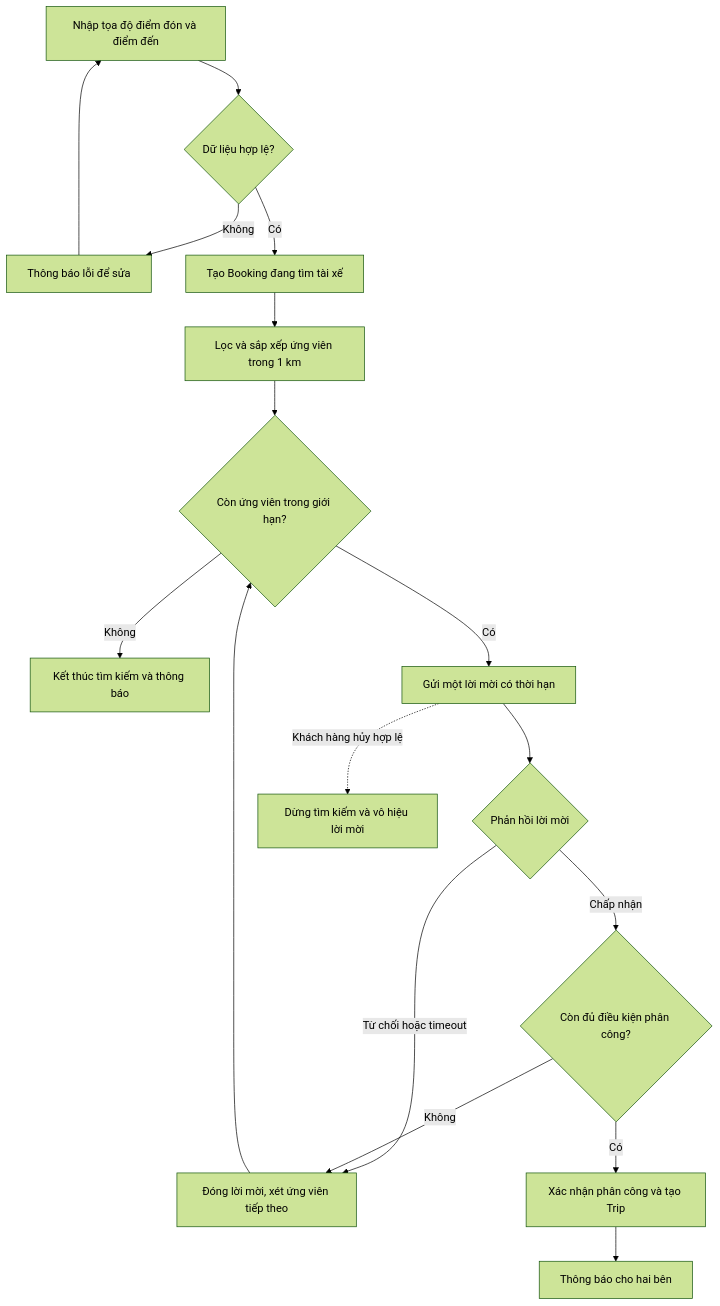
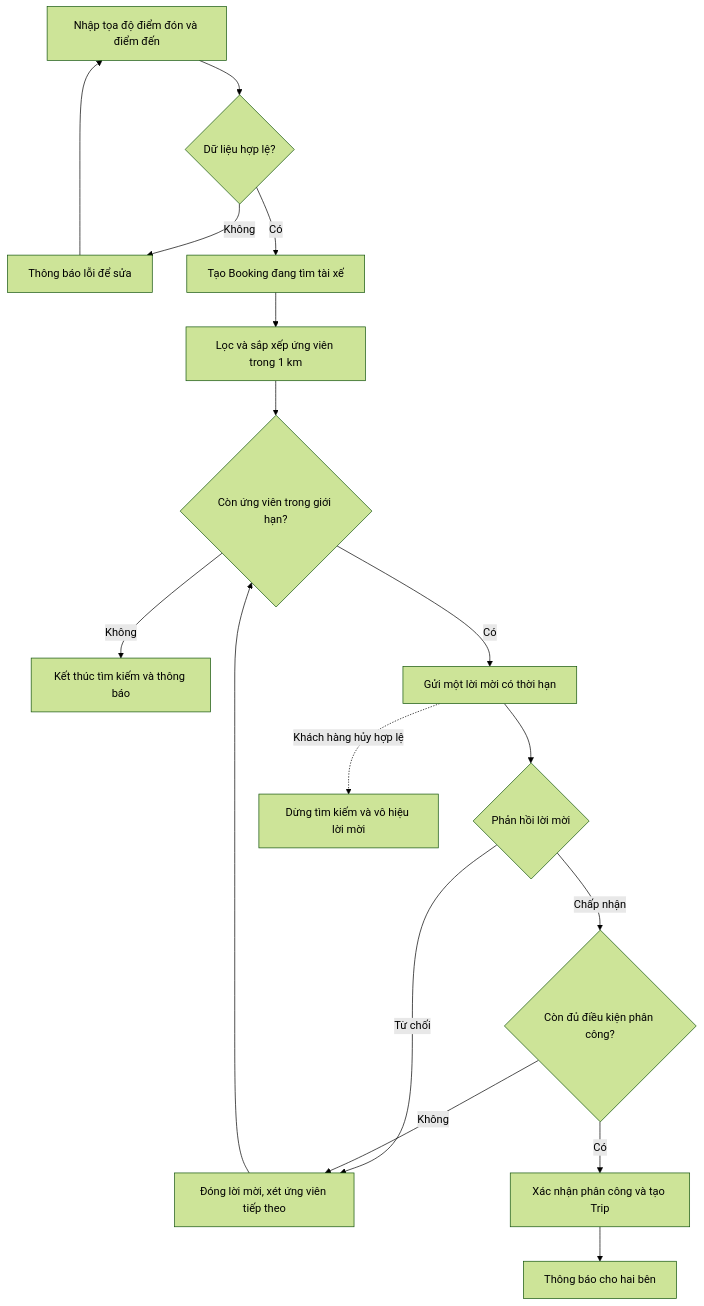
One commit to dovanquang8525/23696931_DoVanQuang_CABSYSTEM changed the second of 8 diagrams in docs/SRS.md. Above: the diagram before and after it, drawn with Mermaid (forest theme). The commit also changed other lines of this file and 28 other files, not shown here.

````diff
--- a/docs/SRS.md
+++ b/docs/SRS.md
@@ -453,19 +457,19 @@
 ```mermaid
 flowchart TD
     A["Nhập tọa độ điểm đón và điểm đến"] --> B{"Dữ liệu hợp lệ?"}
     B -- Không --> C["Thông báo lỗi để sửa"]
     C --> A
     B -- Có --> D["Tạo Booking đang tìm tài xế"]
     D --> E["Lọc và sắp xếp ứng viên trong 1 km"]
     E --> F{"Còn ứng viên trong giới hạn?"}
     F -- Không --> G["Kết thúc tìm kiếm và thông báo"]
     F -- Có --> H["Gửi một lời mời có thời hạn"]
     H --> I{"Phản hồi lời mời"}
-    I -- "Từ chối hoặc timeout" --> J["Đóng lời mời, xét ứng viên tiếp theo"]
+    I -- "Từ chối" --> J["Đóng lời mời, xét ứng viên tiếp theo"]
     J --> F
     I -- "Chấp nhận" --> K{"Còn đủ điều kiện phân công?"}
     K -- Không --> J
     K -- Có --> L["Xác nhận phân công và tạo Trip"]
     L --> M["Thông báo cho hai bên"]
     H -. "Khách hàng hủy hợp lệ" .-> N["Dừng tìm kiếm và vô hiệu lời mời"]
 ```
````
